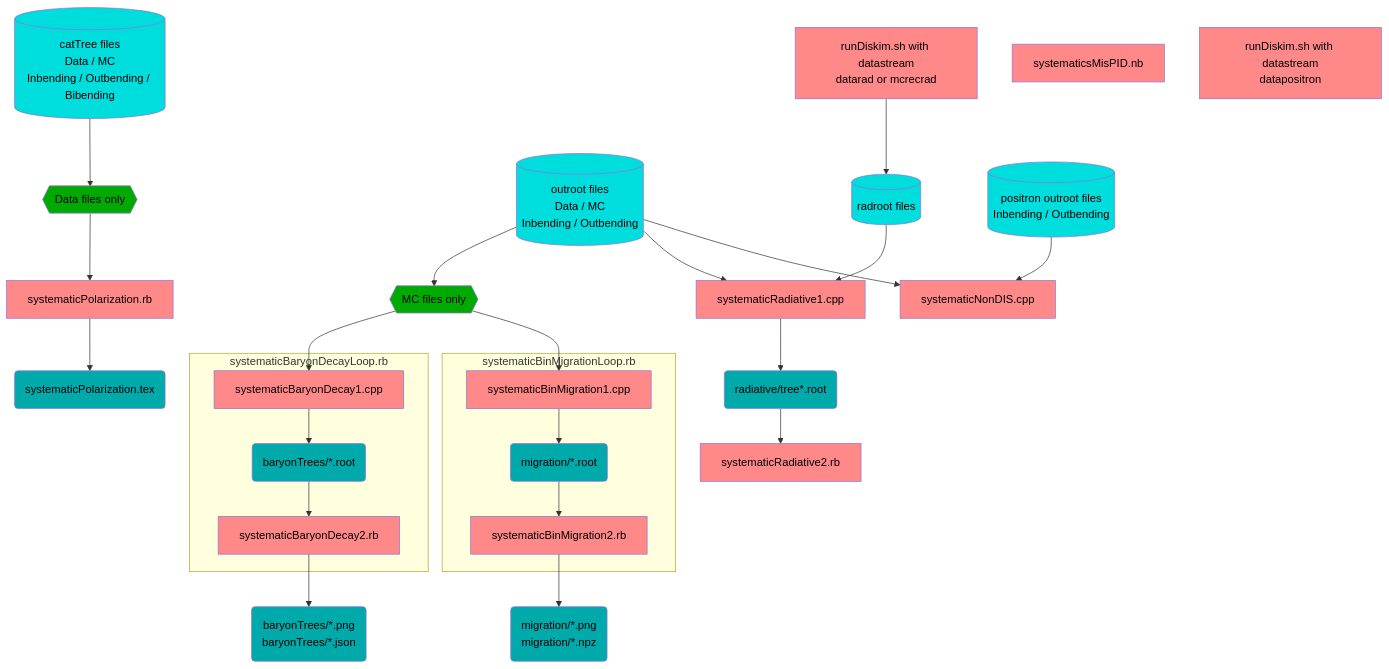
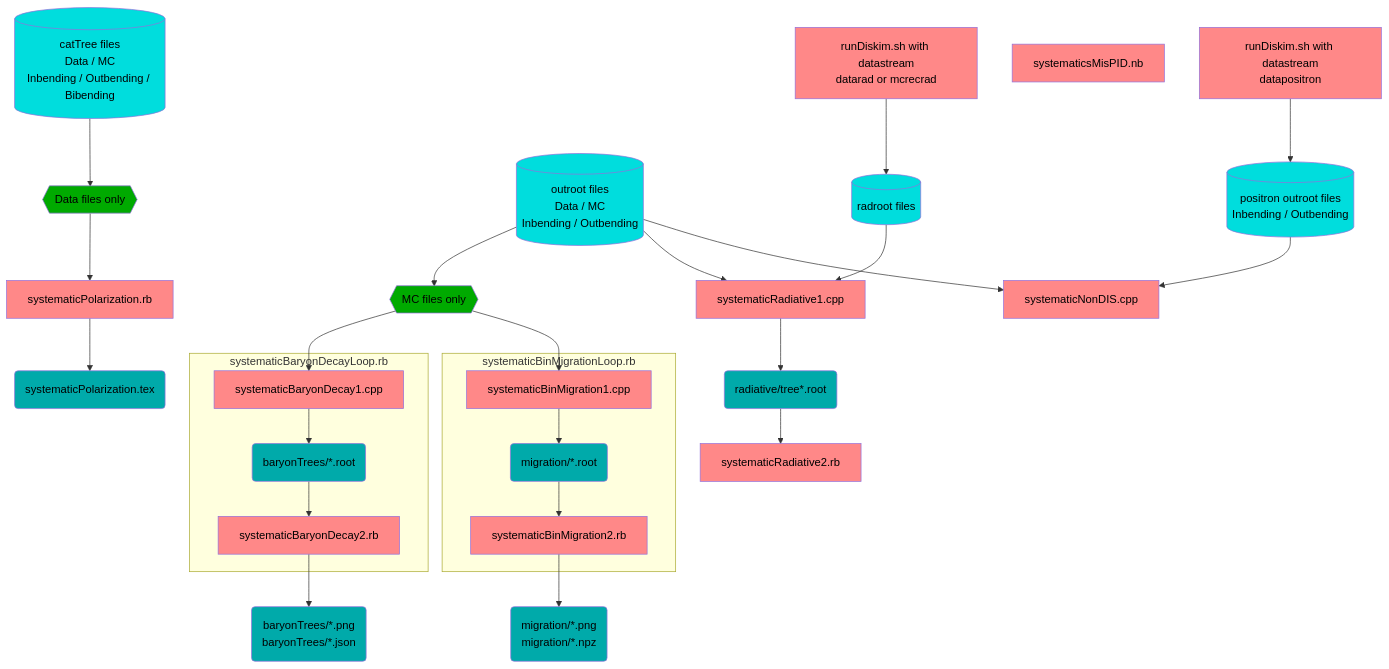
One commit to c-dilks/dispin changed the second of 2 diagrams in README.md. Above: the diagram before and after it, drawn with Mermaid.

Commit message:
fix: missing edge

````diff
--- a/README.md
+++ b/README.md
@@ -158,52 +158,53 @@
 ```mermaid
 flowchart TB
   classDef alg fill:#ff8888,color:black
   classDef data fill:#00aaaa,color:black
   classDef bigdata fill:#00dddd,color:black
   classDef op fill:#00aa00,color:black
 
   CatTrees[(catTree files<br/>Data / MC<br/>Inbending / Outbending / Bibending)]:::bigdata
   CatTreesOnlyData{{Data files only}}:::op
   CatTrees --> CatTreesOnlyData
 
   Outroots[(outroot files<br/>Data / MC<br/>Inbending / Outbending)]:::bigdata
   OutrootsOnlyMC{{MC files only}}:::op
   Outroots --> OutrootsOnlyMC
 
   PolAlg[systematicPolarization.rb]:::alg
   Pol(systematicPolarization.tex):::data
   CatTreesOnlyData --> PolAlg --> Pol
 
   subgraph systematicBaryonDecayLoop.rb
       BaryonAlg1[systematicBaryonDecay1.cpp]:::alg
       BaryonTrees(baryonTrees/*.root):::data
       BaryonAlg2[systematicBaryonDecay2.rb]:::alg
   end
   BaryonResult(baryonTrees/*.png<br/>baryonTrees/*.json):::data
   OutrootsOnlyMC --> BaryonAlg1 --> BaryonTrees --> BaryonAlg2 --> BaryonResult
 
   subgraph systematicBinMigrationLoop.rb
       MigrationAlg1[systematicBinMigration1.cpp]:::alg
       MigrationRoots(migration/*.root):::data
       MigrationAlg2[systematicBinMigration2.rb]:::alg
   end
   MigrationResult(migration/*.png<br/>migration/*.npz):::data
   OutrootsOnlyMC --> MigrationAlg1 --> MigrationRoots --> MigrationAlg2 --> MigrationResult
 
   RunDiskimRad[runDiskim.sh with datastream<br/>datarad or mcrecrad]:::alg
   RadRoots[(radroot files)]:::bigdata
   RadAlg1[systematicRadiative1.cpp]:::alg
   RadTrees(radiative/tree*.root):::data
   RadAlg2[systematicRadiative2.rb]:::alg
   Outroots --> RadAlg1
   RunDiskimRad --> RadRoots --> RadAlg1
   RadAlg1 --> RadTrees --> RadAlg2
 
   MisPID[systematicsMisPID.nb]:::alg
 
   RunDiskimPositron[runDiskim.sh with datastream<br/>datapositron]:::alg
   PositronRoots[(positron outroot files<br/>Inbending / Outbending)]:::bigdata
   PositronAlg[systematicNonDIS.cpp]:::alg
+  RunDiskimPositron --> PositronRoots
   Outroots --> PositronAlg
   PositronRoots --> PositronAlg
 ```
````
